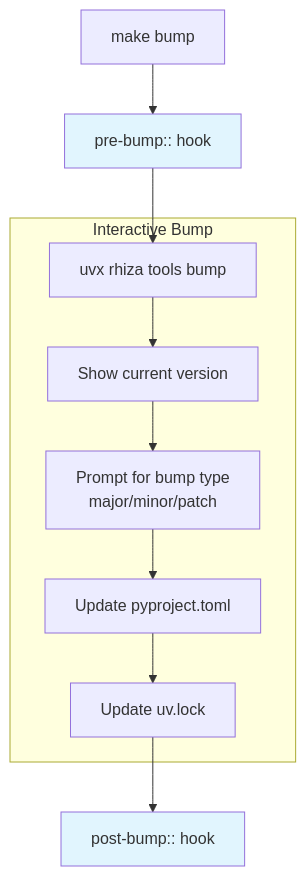
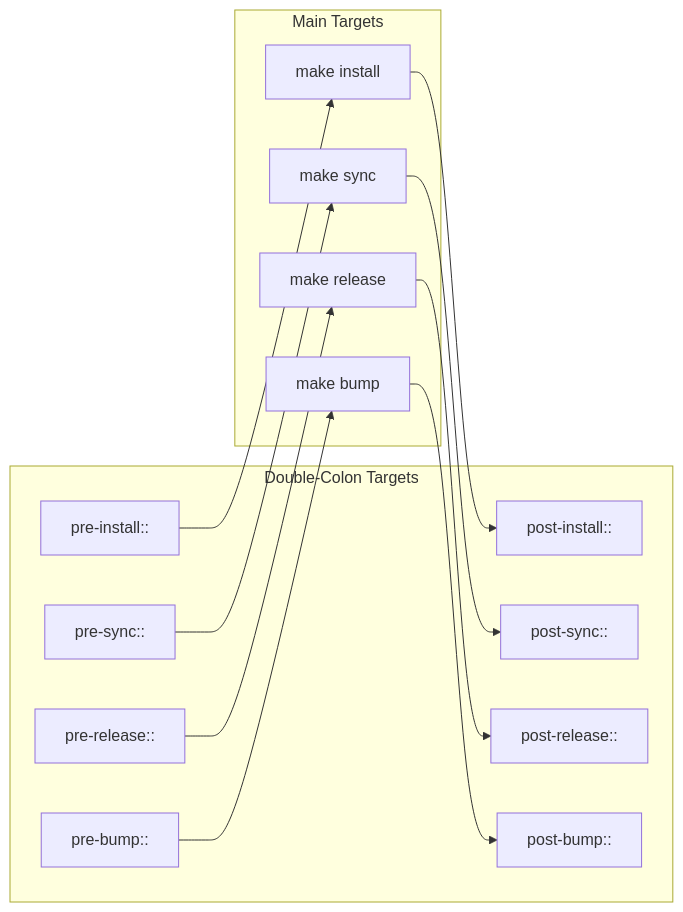
One commit to Jebel-Quant/rhiza changed the third of 8 diagrams in docs/architecture.md. Above: the diagram before and after it, drawn with Mermaid. The commit also changed other lines of this file and 1 other file, not shown here.

````diff
--- a/docs/architecture.md
+++ b/docs/architecture.md
@@ -283,17 +80,25 @@
 ```mermaid
-flowchart TD
-    A[make bump] --> B[pre-bump:: hook]
-    B --> C[uvx rhiza tools bump]
-
-    subgraph Bump["Interactive Bump"]
-        C --> D[Show current version]
-        D --> E[Prompt for bump type<br>major/minor/patch]
-        E --> F[Update pyproject.toml]
-        F --> G[Update uv.lock]
+flowchart LR
+    subgraph Hooks["Double-Colon Targets"]
+        pre_install[pre-install::]
+        post_install[post-install::]
+        pre_sync[pre-sync::]
+        post_sync[post-sync::]
+        pre_release[pre-release::]
+        post_release[post-release::]
+        pre_bump[pre-bump::]
+        post_bump[post-bump::]
     end
 
-    G --> H[post-bump:: hook]
+    subgraph Targets["Main Targets"]
+        install[make install]
+        sync[make sync]
+        release[make release]
+        bump[make bump]
+    end
 
-    style B fill:#e1f5fe
-    style H fill:#e1f5fe
+    pre_install --> install --> post_install
+    pre_sync --> sync --> post_sync
+    pre_release --> release --> post_release
+    pre_bump --> bump --> post_bump
 ```
````
